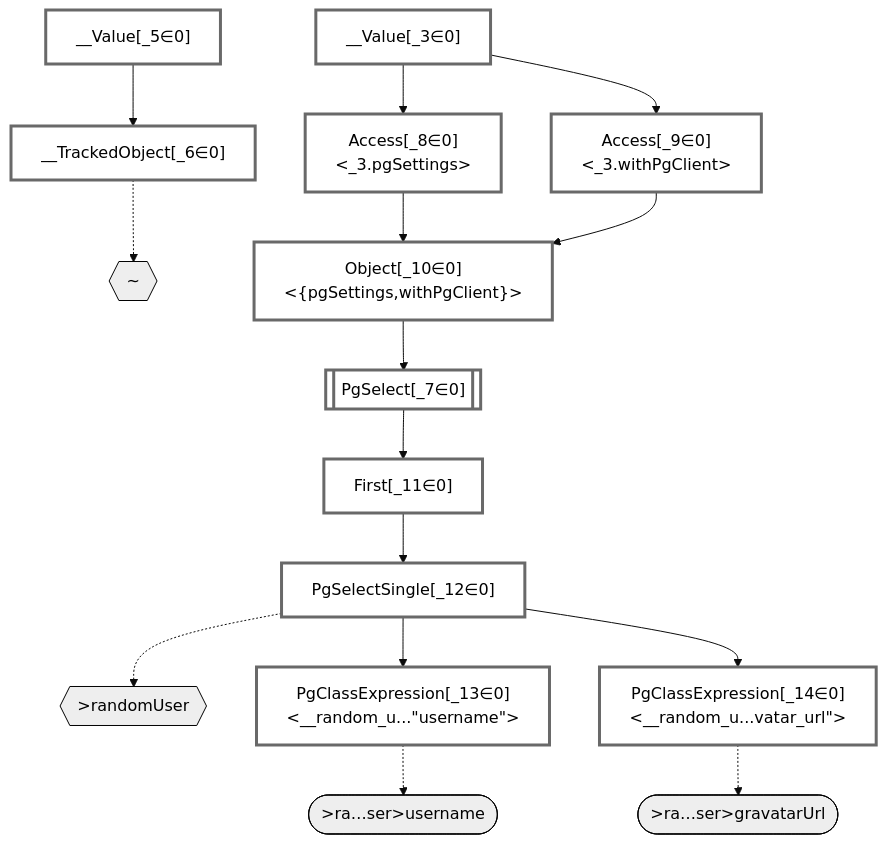
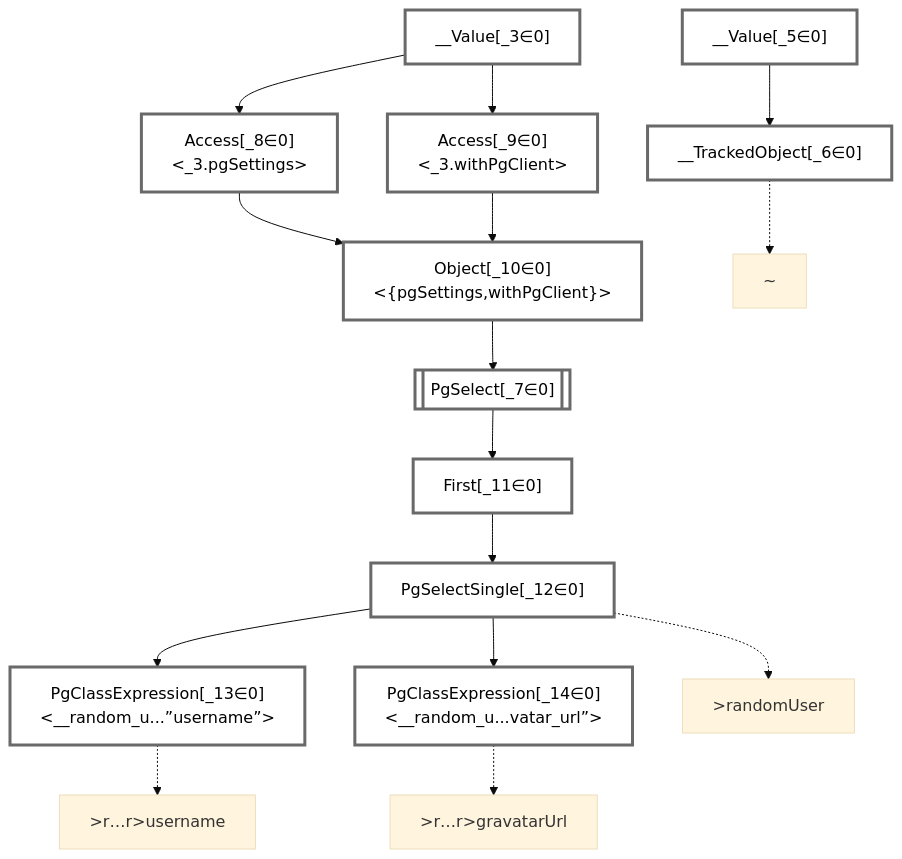
Before and after one commit to graphile/crystal: the diagram in packages/dataplan-pg/__tests__/queries/functions/custom-query-user.deopt.mermaid.md, drawn with Mermaid (base theme). The commit also changed 195 other files, not shown here.

````diff
--- a/packages/dataplan-pg/__tests__/queries/functions/custom-query-user.deopt.mermaid.md
+++ b/packages/dataplan-pg/__tests__/queries/functions/custom-query-user.deopt.mermaid.md
@@ -1,53 +1,48 @@
 ```mermaid
 graph TD
     classDef path fill:#eee,stroke:#000,color:#000
     classDef plan fill:#fff,stroke-width:3px,color:#000
     classDef itemplan fill:#fff,stroke-width:6px,color:#000
     classDef sideeffectplan fill:#f00,stroke-width:6px,color:#000
     classDef bucket fill:#f6f6f6,color:#000,stroke-width:6px
 
-    %% subgraph fields
-    P1{{"~"}}:::path
-    P2{{">randomUser"}}:::path
-    P3([">ra…ser>username"]):::path
-    %% P2 -.-> P3
-    P4([">ra…ser>gravatarUrl"]):::path
-    %% P2 -.-> P4
-    %% P1 -.-> P2
-    %% end
 
     %% define plans
     __Value_3["__Value[_3∈0]<br /><context>"]:::plan
     __Value_5["__Value[_5∈0]<br /><rootValue>"]:::plan
     __TrackedObject_6["__TrackedObject[_6∈0]"]:::plan
     PgSelect_7[["PgSelect[_7∈0]<br /><random_user>"]]:::plan
     Access_8["Access[_8∈0]<br /><_3.pgSettings>"]:::plan
     Access_9["Access[_9∈0]<br /><_3.withPgClient>"]:::plan
     Object_10["Object[_10∈0]<br /><{pgSettings,withPgClient}>"]:::plan
     First_11["First[_11∈0]"]:::plan
     PgSelectSingle_12["PgSelectSingle[_12∈0]<br /><users>"]:::plan
-    PgClassExpression_13["PgClassExpression[_13∈0]<br /><__random_u...#quot;username#quot;>"]:::plan
-    PgClassExpression_14["PgClassExpression[_14∈0]<br /><__random_u...vatar_url#quot;>"]:::plan
+    PgClassExpression_13["PgClassExpression[_13∈0]<br /><__random_u...”username”>"]:::plan
+    PgClassExpression_14["PgClassExpression[_14∈0]<br /><__random_u...vatar_url”>"]:::plan
 
     %% plan dependencies
     __Value_5 --> __TrackedObject_6
     Object_10 --> PgSelect_7
     __Value_3 --> Access_8
     __Value_3 --> Access_9
     Access_8 --> Object_10
     Access_9 --> Object_10
     PgSelect_7 --> First_11
     First_11 --> PgSelectSingle_12
     PgSelectSingle_12 --> PgClassExpression_13
     PgSelectSingle_12 --> PgClassExpression_14
 
     %% plan-to-path relationships
+    P1["~"]
     __TrackedObject_6 -.-> P1
+    P2[">randomUser"]
     PgSelectSingle_12 -.-> P2
+    P3[">r…r>username"]
     PgClassExpression_13 -.-> P3
+    P4[">r…r>gravatarUrl"]
     PgClassExpression_14 -.-> P4
 
     %% allocate buckets
     classDef bucket0 stroke:#696969
     class __Value_3,__Value_5,__TrackedObject_6,PgSelect_7,Access_8,Access_9,Object_10,First_11,PgSelectSingle_12,PgClassExpression_13,PgClassExpression_14 bucket0
 ```
````
